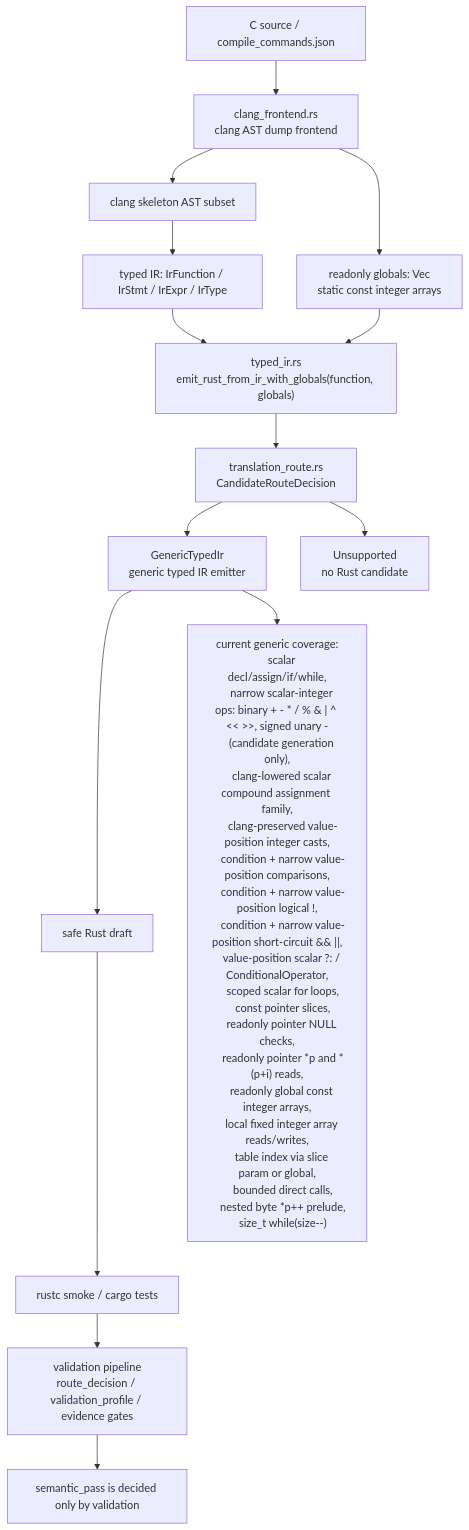
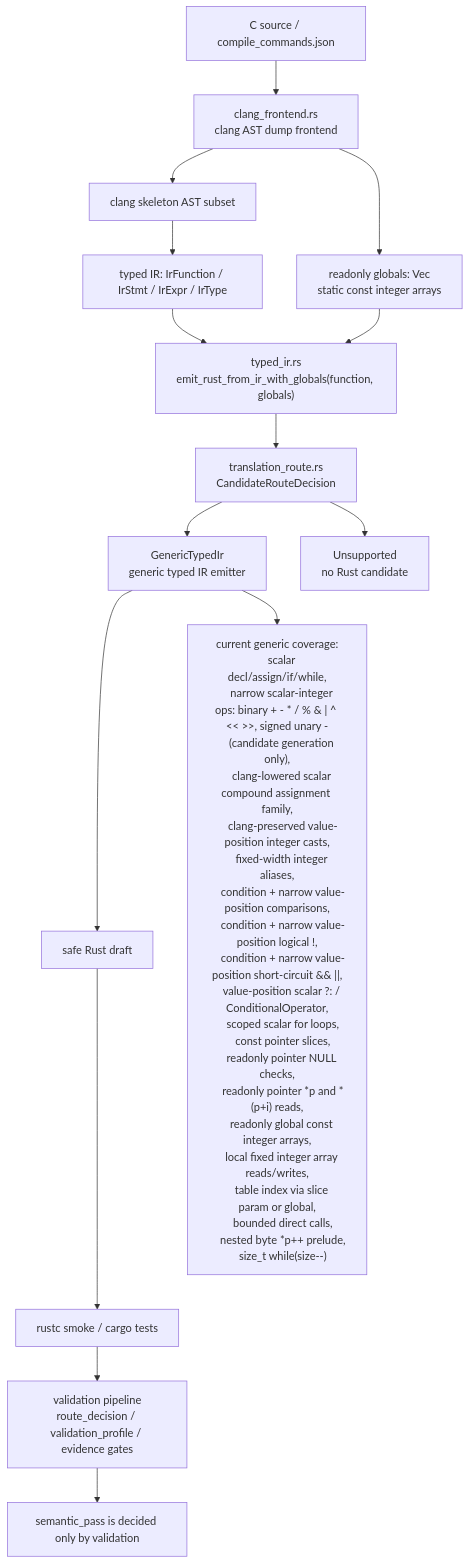
The diagram in docs/c2rust-migration-agent/core-translation-architecture.en.md (guoqihan342-svg/c-to-rust), drawn with Mermaid before and after one commit. The commit also changed other lines of this file and 9 other files, not shown here.

````diff
--- a/docs/c2rust-migration-agent/core-translation-architecture.en.md
+++ b/docs/c2rust-migration-agent/core-translation-architecture.en.md
@@ -7,37 +7,38 @@
 ```mermaid
 flowchart TD
     C["C source / compile_commands.json"] --> Clang["clang_frontend.rs<br/>clang AST dump frontend"]
     Clang --> Skeleton["clang skeleton AST subset"]
     Skeleton --> IR["typed IR: IrFunction / IrStmt / IrExpr / IrType"]
     Clang --> Globals["readonly globals: Vec<IrGlobal><br/>static const integer arrays"]
     IR --> EmitCtx["typed_ir.rs<br/>emit_rust_from_ir_with_globals(function, globals)"]
     Globals --> EmitCtx
     EmitCtx --> RouteMeta["translation_route.rs<br/>CandidateRouteDecision"]
     RouteMeta --> Generic["GenericTypedIr<br/>generic typed IR emitter"]
     RouteMeta --> Unsupported["Unsupported<br/>no Rust candidate"]
     Generic --> Rust["safe Rust draft"]
     Rust --> Rustc["rustc smoke / cargo tests"]
     Rustc --> Validation["validation pipeline<br/>route_decision / validation_profile / evidence gates"]
 
     Generic --> Supported["current generic coverage:
     scalar decl/assign/if/while,
     narrow scalar-integer ops: binary + - * / % & | ^ << >>, signed unary -
     (candidate generation only),
     clang-lowered scalar compound assignment family,
     clang-preserved value-position integer casts,
+    fixed-width integer aliases,
     condition + narrow value-position comparisons,
     condition + narrow value-position logical !,
     condition + narrow value-position short-circuit && ||,
     value-position scalar ?: / ConditionalOperator,
     scoped scalar for loops,
     const pointer slices,
     readonly pointer NULL checks,
     readonly pointer *p and *(p+i) reads,
     readonly global const integer arrays,
     local fixed integer array reads/writes,
     table index via slice param or global,
     bounded direct calls,
     nested byte *p++ prelude,
     size_t while(size--)"]
     Validation --> Semantic["semantic_pass is decided only by validation"]
 ```
````
